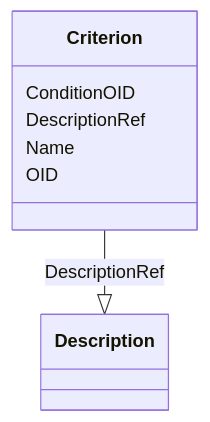
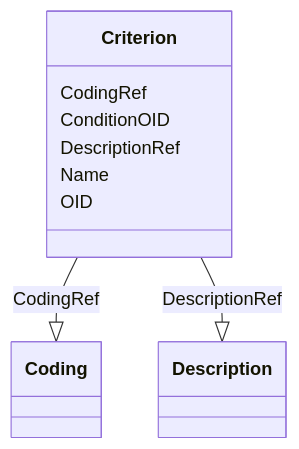
The diagram in docs/Criterion.md (cdisc-org/DataExchange-ODM-LinkML), drawn with Mermaid before and after one commit. The commit also changed other lines of this file and 398 other files, not shown here.

Commit message:
refreshing for latest updates to schema

````diff
--- a/docs/Criterion.md
+++ b/docs/Criterion.md
@@ -9,15 +9,19 @@
 ```mermaid
  classDiagram
     class Criterion
+      Criterion : CodingRef
+        
+          Criterion --|> Coding : CodingRef
+        
       Criterion : ConditionOID
         
       Criterion : DescriptionRef
         
           Criterion --|> Description : DescriptionRef
         
       Criterion : Name
         
       Criterion : OID
         
       
 ```
````
